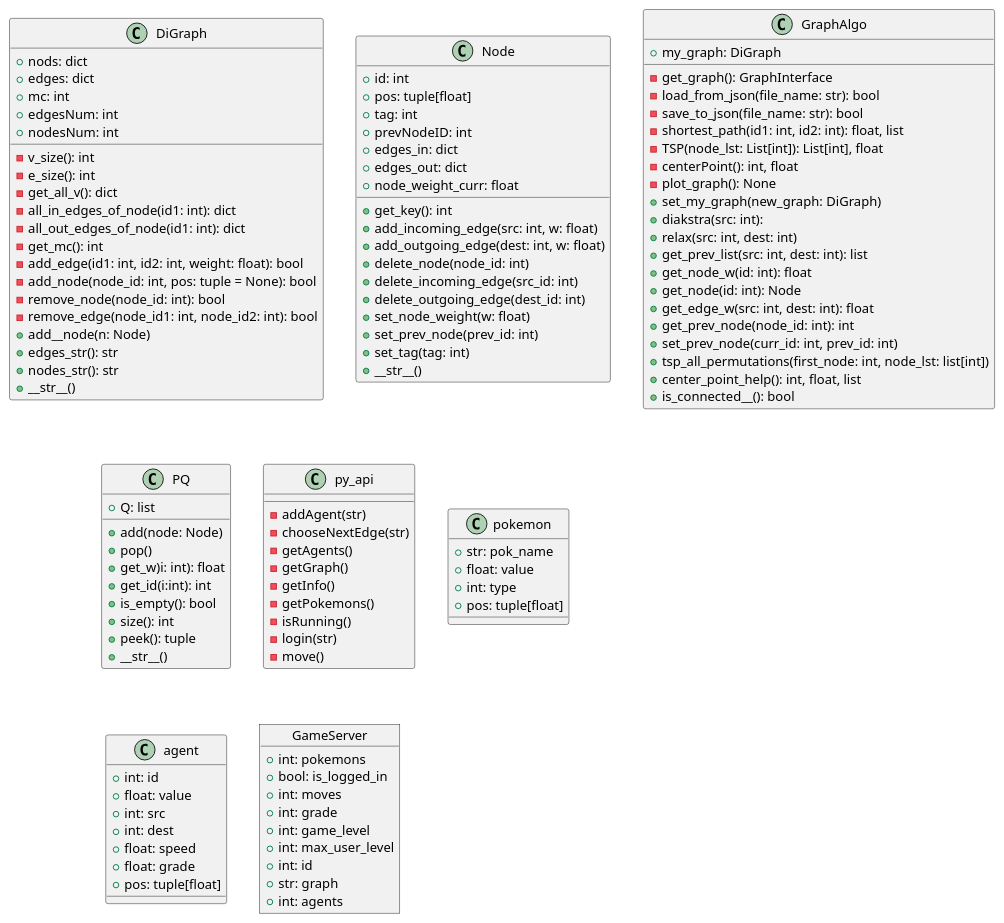
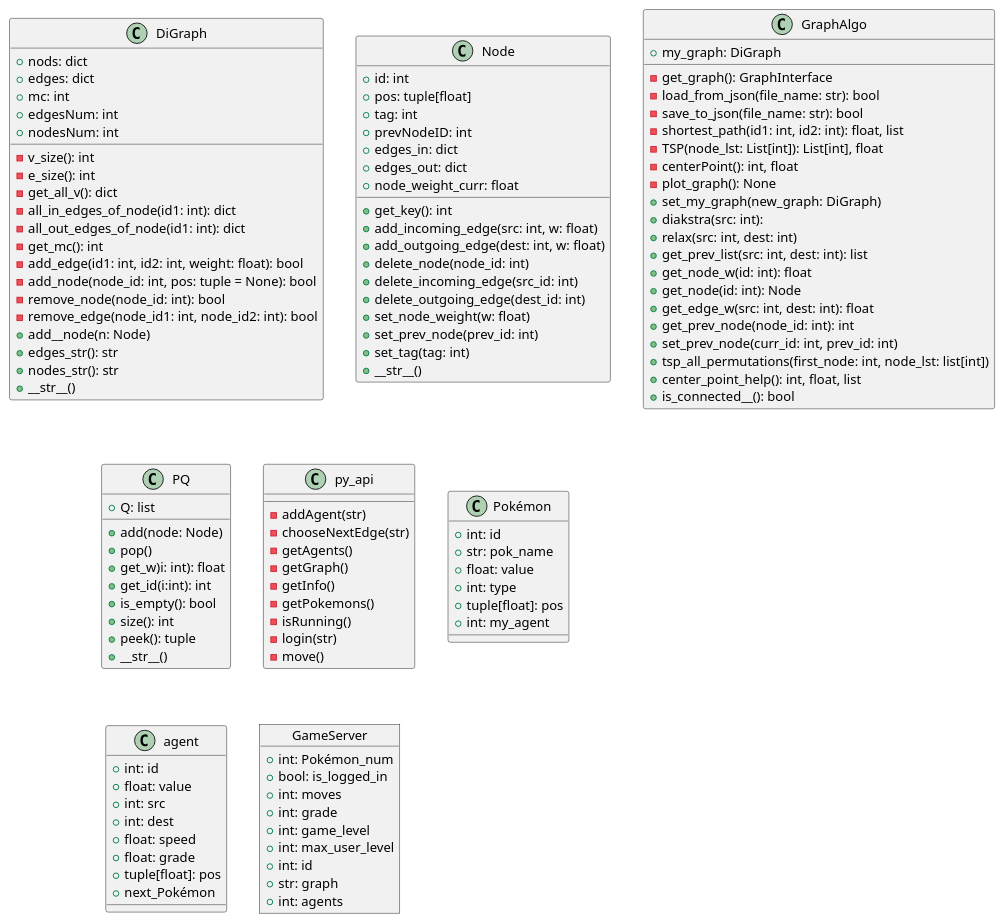
The diagram in docs/OOP_Ex4_uml.puml (Matanel1995/OOP-Ex4-Pokemon-Game), drawn with PlantUML before and after one commit.

```diff
--- a/docs/OOP_Ex4_uml.puml
+++ b/docs/OOP_Ex4_uml.puml
@@ -2,125 +2,128 @@
 @startuml
 
 
 class DiGraph{
 +nods: dict
 +edges: dict
 +mc: int
 +edgesNum: int
 +nodesNum: int
 -v_size(): int
 -e_size(): int
 -get_all_v(): dict
 -all_in_edges_of_node(id1: int): dict
 -all_out_edges_of_node(id1: int): dict
 -get_mc(): int
 -add_edge(id1: int, id2: int, weight: float): bool
 -add_node(node_id: int, pos: tuple = None): bool
 -remove_node(node_id: int): bool
 -remove_edge(node_id1: int, node_id2: int): bool
 +add__node(n: Node)
 +edges_str(): str
 +nodes_str(): str
 +__str__()
 }
 
 class Node{
 +id: int
 +pos: tuple[float]
 +tag: int
 +prevNodeID: int
 +edges_in: dict
 +edges_out: dict
 +node_weight_curr: float
 +get_key(): int
 +add_incoming_edge(src: int, w: float)
 +add_outgoing_edge(dest: int, w: float)
 +delete_node(node_id: int)
 +delete_incoming_edge(src_id: int)
 +delete_outgoing_edge(dest_id: int)
 +set_node_weight(w: float)
 +set_prev_node(prev_id: int)
 +set_tag(tag: int)
 +__str__()
 }
 
 class GraphAlgo{
 +my_graph: DiGraph
 -get_graph(): GraphInterface
 -load_from_json(file_name: str): bool
 -save_to_json(file_name: str): bool
 -shortest_path(id1: int, id2: int): float, list
 -TSP(node_lst: List[int]): List[int], float
 -centerPoint(): int, float
 -plot_graph(): None
 +set_my_graph(new_graph: DiGraph)
 +diakstra(src: int):
 +relax(src: int, dest: int)
 +get_prev_list(src: int, dest: int): list
 +get_node_w(id: int): float
 +get_node(id: int): Node
 '+get_node_tag(id: int): int
 '+set_node_tag(id: int, tag)
 '+set_path_w(id: int, w: float)
 +get_edge_w(src: int, dest: int): float
 +get_prev_node(node_id: int): int
 +set_prev_node(curr_id: int, prev_id: int)
 +tsp_all_permutations(first_node: int, node_lst: list[int])
 +center_point_help(): int, float, list
 +is_connected__(): bool
 }
 
 class PQ{
 +Q: list
 +add(node: Node)
 +pop()
 +get_w)i: int): float
 +get_id(i:int): int
 +is_empty(): bool
 +size(): int
 +peek(): tuple
 +__str__()
 }
 
 class py_api{
 -addAgent(str)
 -chooseNextEdge(str)
 -getAgents()
 -getGraph()
 -getInfo()
 -getPokemons()
 -isRunning()
 -login(str)
 -move()
 }
 
-class pokemon{
+class Pokémon{
++int: id
 +str: pok_name
 +float: value
 +int: type
-+pos: tuple[float]
++tuple[float]: pos
++int: my_agent
 }
 
 class agent{
 +int: id
 +float: value
 +int: src
 +int: dest
 +float: speed
 +float: grade
-+pos: tuple[float]
++tuple[float]: pos
++next_Pokémon
 }
 
 object GameServer{
-+int: pokemons
++int: Pokémon_num
 +bool: is_logged_in
 +int: moves
 +int: grade
 +int: game_level
 +int: max_user_level
 +int: id
 +str: graph
 +int: agents
 }
 
 @enduml
```
